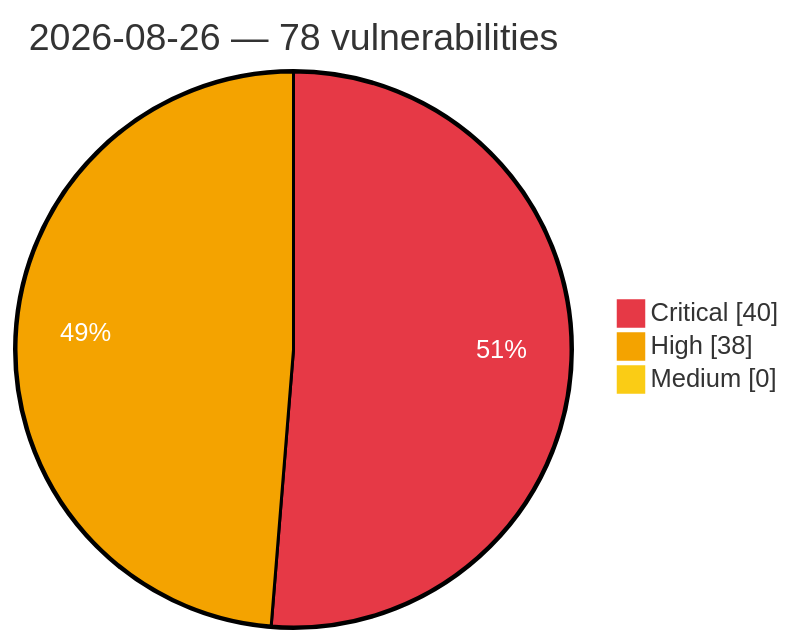
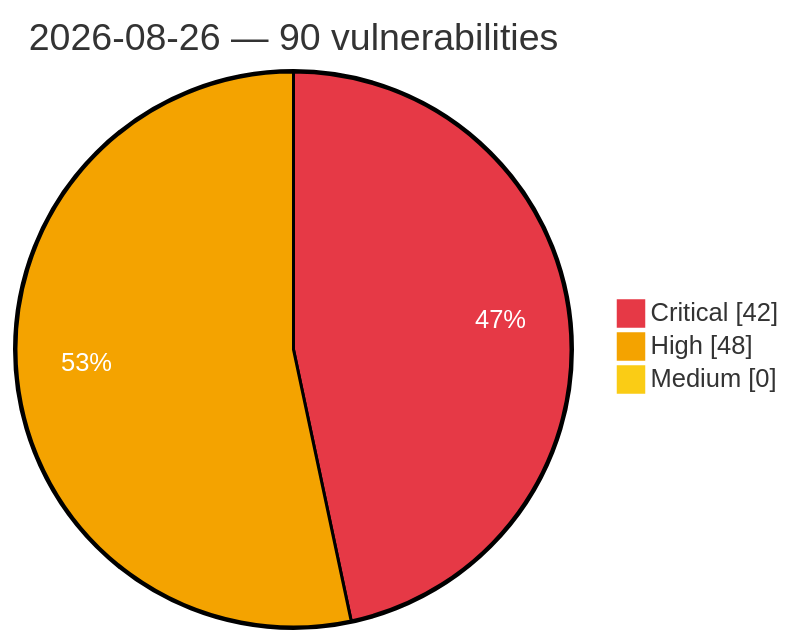
Before and after one commit to GhostX0X/vuln-tracker: the diagram in vulnerabilities/2026/August/2026-08-26.md, drawn with Mermaid. The commit also changed other lines of this file and 5 other files, not shown here.

Commit message:
Auto update: critical/high vulns (2026-08-27 02:13 UTC)

````diff
--- a/vulnerabilities/2026/August/2026-08-26.md
+++ b/vulnerabilities/2026/August/2026-08-26.md
@@ -3,8 +3,8 @@
 ```mermaid
 %%{init: {'theme':'base', 'themeVariables': {'pie1':'#e63946', 'pie2':'#f4a300', 'pie3':'#facc15', 'pieOpacity':'1', 'pieOuterStrokeWidth':'2px', 'pieSectionTextColor':'#ffffff'}}}%%
 pie showData
-    title 2026-08-26 — 78 vulnerabilities
-    "Critical" : 40
-    "High" : 38
+    title 2026-08-26 — 90 vulnerabilities
+    "Critical" : 42
+    "High" : 48
     "Medium" : 0
 ```
````
